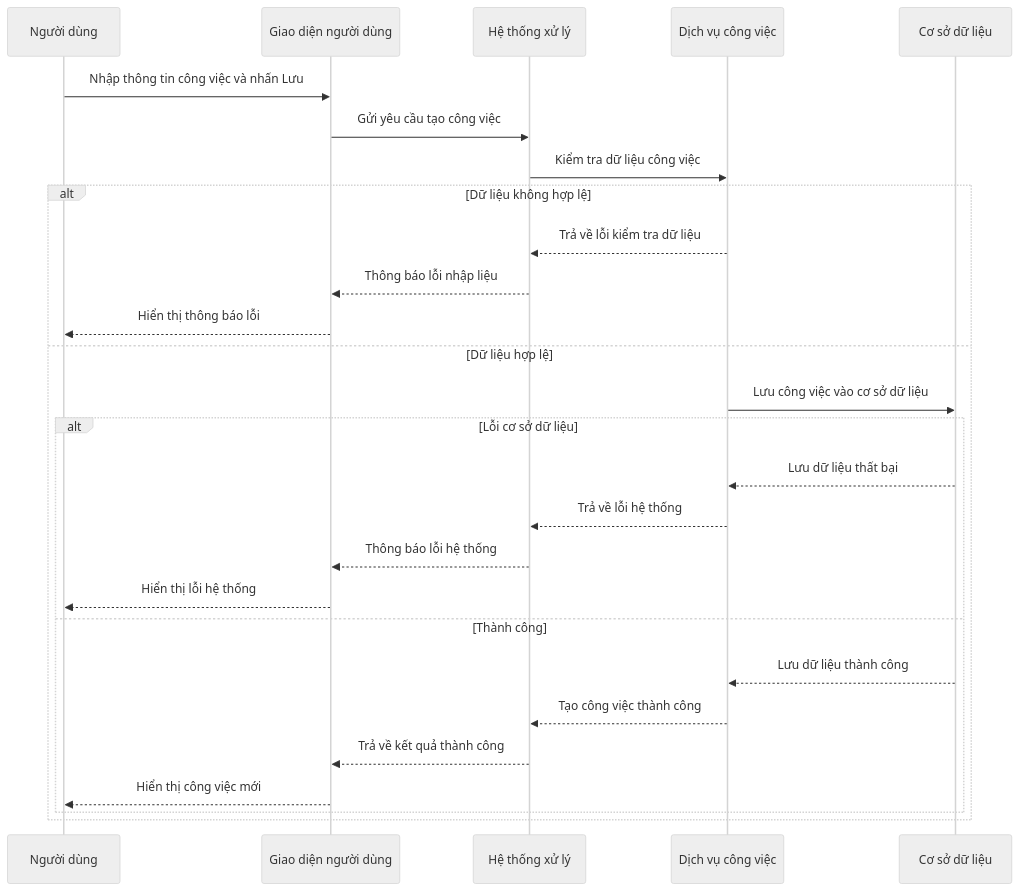
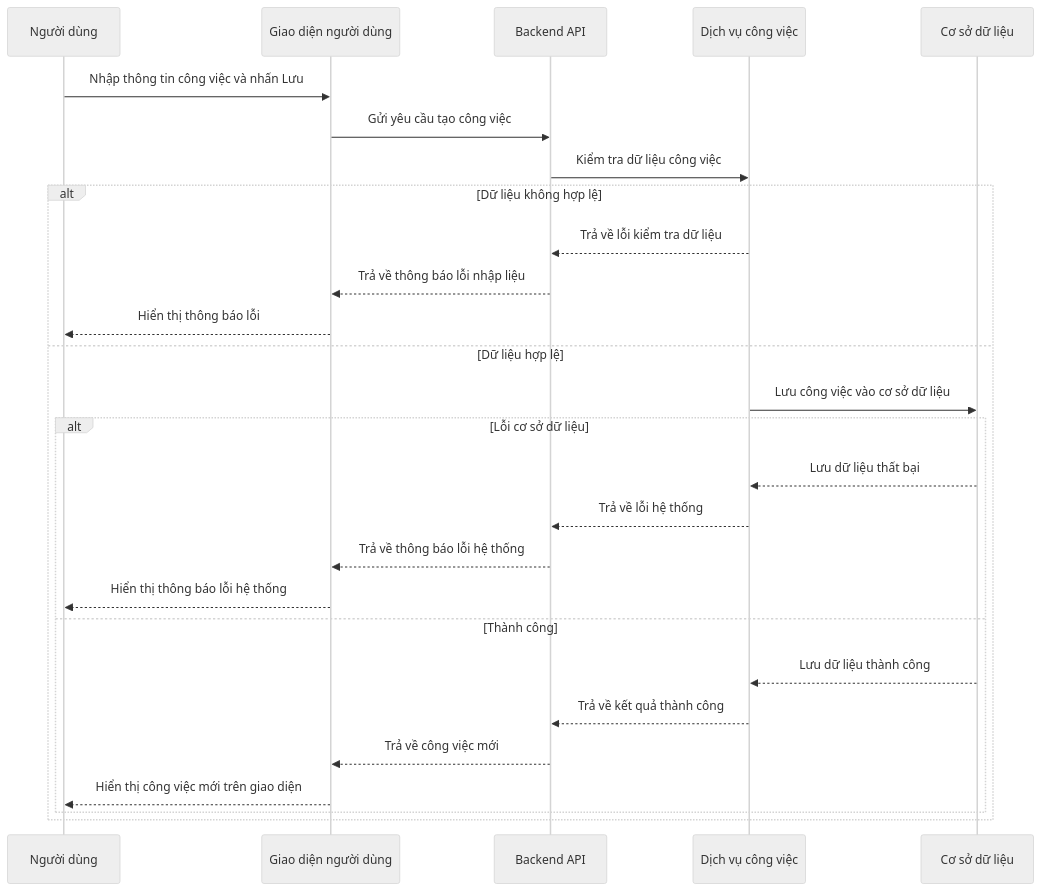
Before and after one commit to anhngocto-prog/He-thong-quan-ly-va-theo-doi-tien-do-cong-viec-ca-nhan: the third of 4 diagrams in ANALYSIS.md, drawn with Mermaid (neutral theme). The commit also changed other lines of this file, not shown here.

````diff
--- a/ANALYSIS.md
+++ b/ANALYSIS.md
@@ -225,51 +427,51 @@
 ```mermaid
 sequenceDiagram
 
     participant ND as Người dùng
     participant FE as Giao diện người dùng
-    participant API as Hệ thống xử lý
+    participant API as Backend API
     participant Service as Dịch vụ công việc
     participant DB as Cơ sở dữ liệu
 
     ND->>FE: Nhập thông tin công việc và nhấn Lưu
 
     FE->>API: Gửi yêu cầu tạo công việc
 
     API->>Service: Kiểm tra dữ liệu công việc
 
     alt Dữ liệu không hợp lệ
 
         Service-->>API: Trả về lỗi kiểm tra dữ liệu
 
-        API-->>FE: Thông báo lỗi nhập liệu
+        API-->>FE: Trả về thông báo lỗi nhập liệu
 
         FE-->>ND: Hiển thị thông báo lỗi
 
     else Dữ liệu hợp lệ
 
         Service->>DB: Lưu công việc vào cơ sở dữ liệu
 
         alt Lỗi cơ sở dữ liệu
 
             DB-->>Service: Lưu dữ liệu thất bại
 
             Service-->>API: Trả về lỗi hệ thống
 
-            API-->>FE: Thông báo lỗi hệ thống
+            API-->>FE: Trả về thông báo lỗi hệ thống
 
-            FE-->>ND: Hiển thị lỗi hệ thống
+            FE-->>ND: Hiển thị thông báo lỗi hệ thống
 
         else Thành công
 
             DB-->>Service: Lưu dữ liệu thành công
 
-            Service-->>API: Tạo công việc thành công
+            Service-->>API: Trả về kết quả thành công
 
-            API-->>FE: Trả về kết quả thành công
+            API-->>FE: Trả về công việc mới
 
-            FE-->>ND: Hiển thị công việc mới
+            FE-->>ND: Hiển thị công việc mới trên giao diện
 
         end
 
     end
 ```
````
